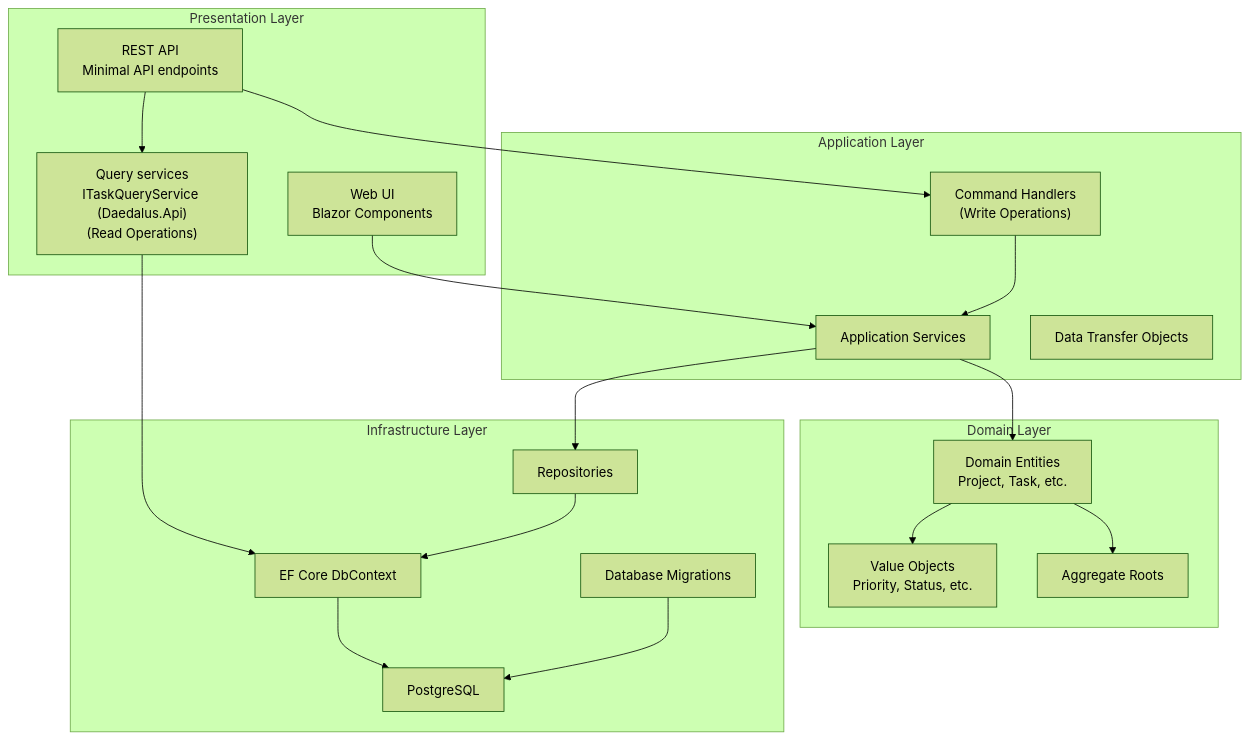
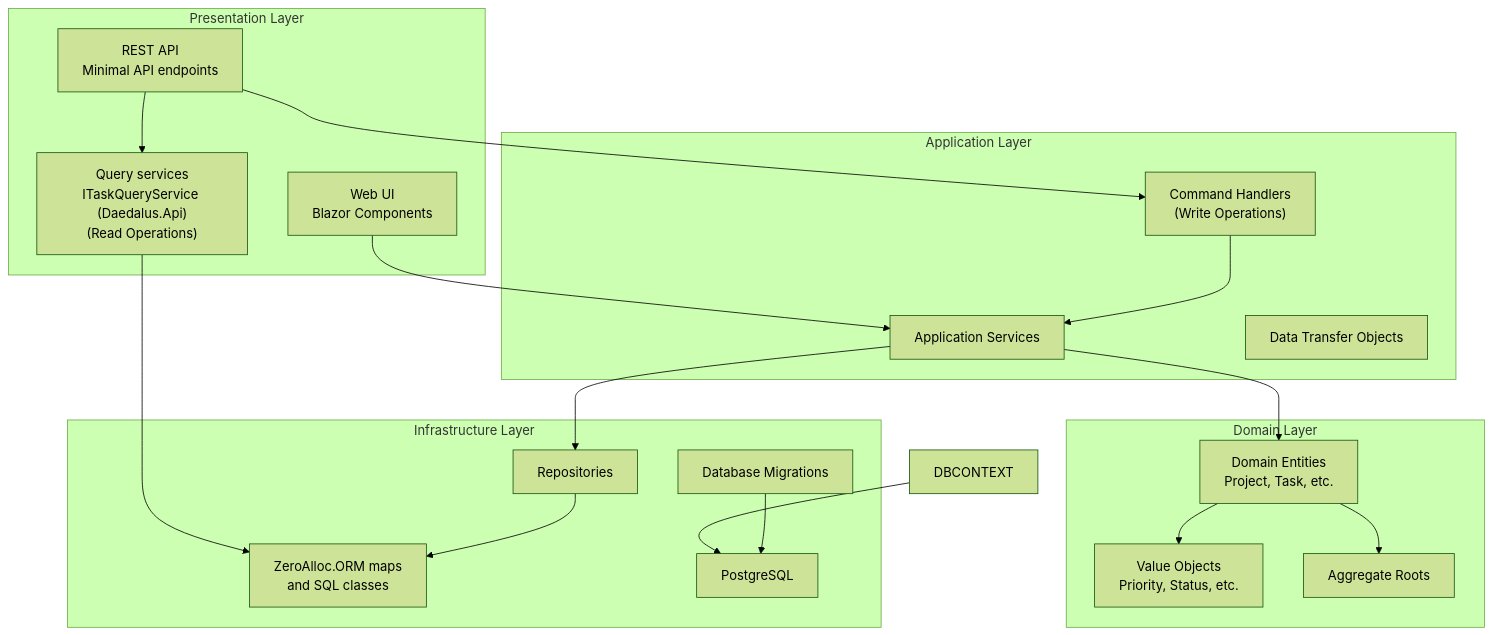
Before and after one commit to MarcelRoozekrans/Daedalus.NET: the seventh of 24 diagrams in docs/architecture-diagrams.md, drawn with Mermaid (forest theme). The commit also changed other lines of this file and 3 other files, not shown here.

First line of the commit message:
docs: describe the ZeroAlloc.ORM data layer and migrations

````diff
--- a/docs/architecture-diagrams.md
+++ b/docs/architecture-diagrams.md
@@ -612,44 +614,44 @@
 ```mermaid
 graph TB
     subgraph "Presentation Layer"
         API["REST API<br/>Minimal API endpoints"]
         WEB["Web UI<br/>Blazor Components"]
         QUERYSVC["Query services<br/>ITaskQueryService (Daedalus.Api)<br/>(Read Operations)"]
     end
 
     subgraph "Application Layer"
         COMMANDS["Command Handlers<br/>(Write Operations)"]
         SERVICES["Application Services"]
         DTOs["Data Transfer Objects"]
     end
 
     subgraph "Domain Layer"
         ENTITIES["Domain Entities<br/>Project, Task, etc."]
         VALUEOBJECTS["Value Objects<br/>Priority, Status, etc."]
         AGGROOT["Aggregate Roots"]
     end
 
     subgraph "Infrastructure Layer"
-        DBCONTEXT["EF Core DbContext"]
+        ORMSQL["ZeroAlloc.ORM maps<br/>and SQL classes"]
         REPOSITORIES["Repositories"]
         MIGRATION["Database Migrations"]
         PERSISTENCE["PostgreSQL"]
     end
 
     API --> COMMANDS
     API --> QUERYSVC
-    QUERYSVC --> DBCONTEXT
+    QUERYSVC --> ORMSQL
     WEB --> SERVICES
 
     COMMANDS --> SERVICES
 
     SERVICES --> REPOSITORIES
     SERVICES --> ENTITIES
 
-    REPOSITORIES --> DBCONTEXT
+    REPOSITORIES --> ORMSQL
     ENTITIES --> VALUEOBJECTS
     ENTITIES --> AGGROOT
 
     DBCONTEXT --> PERSISTENCE
     MIGRATION --> PERSISTENCE
 ```
````
